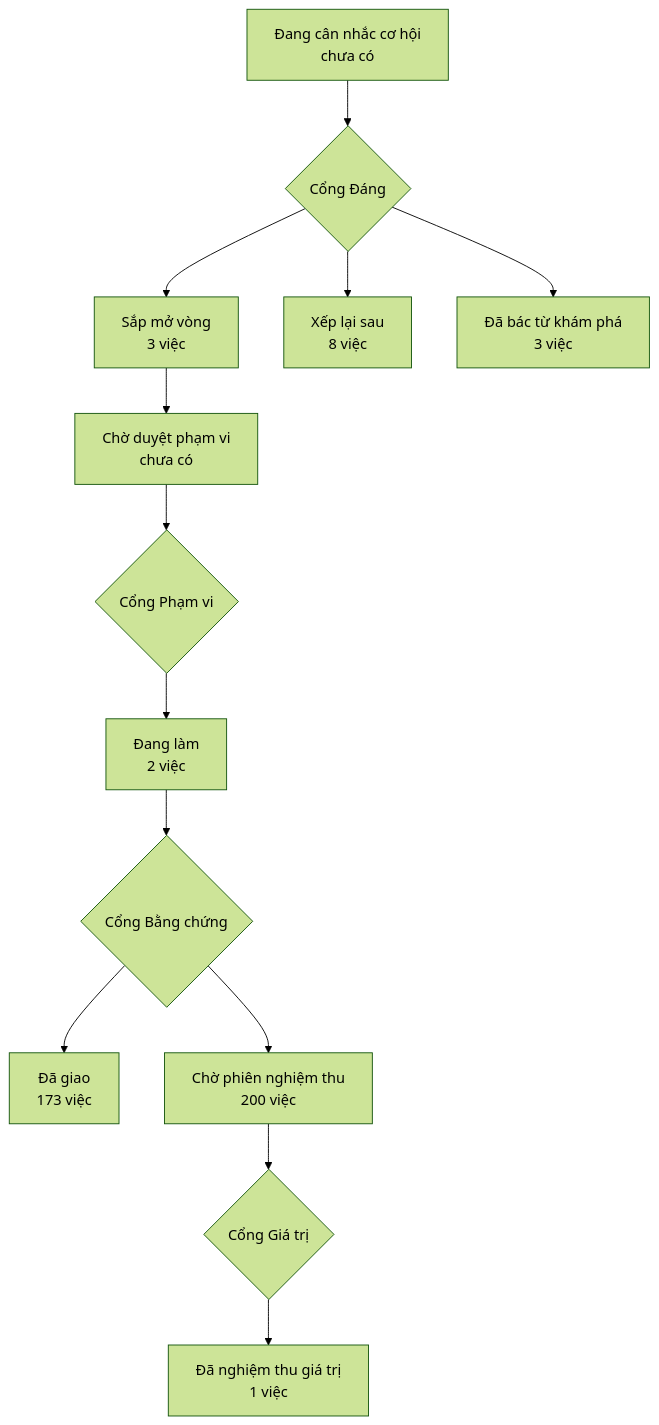
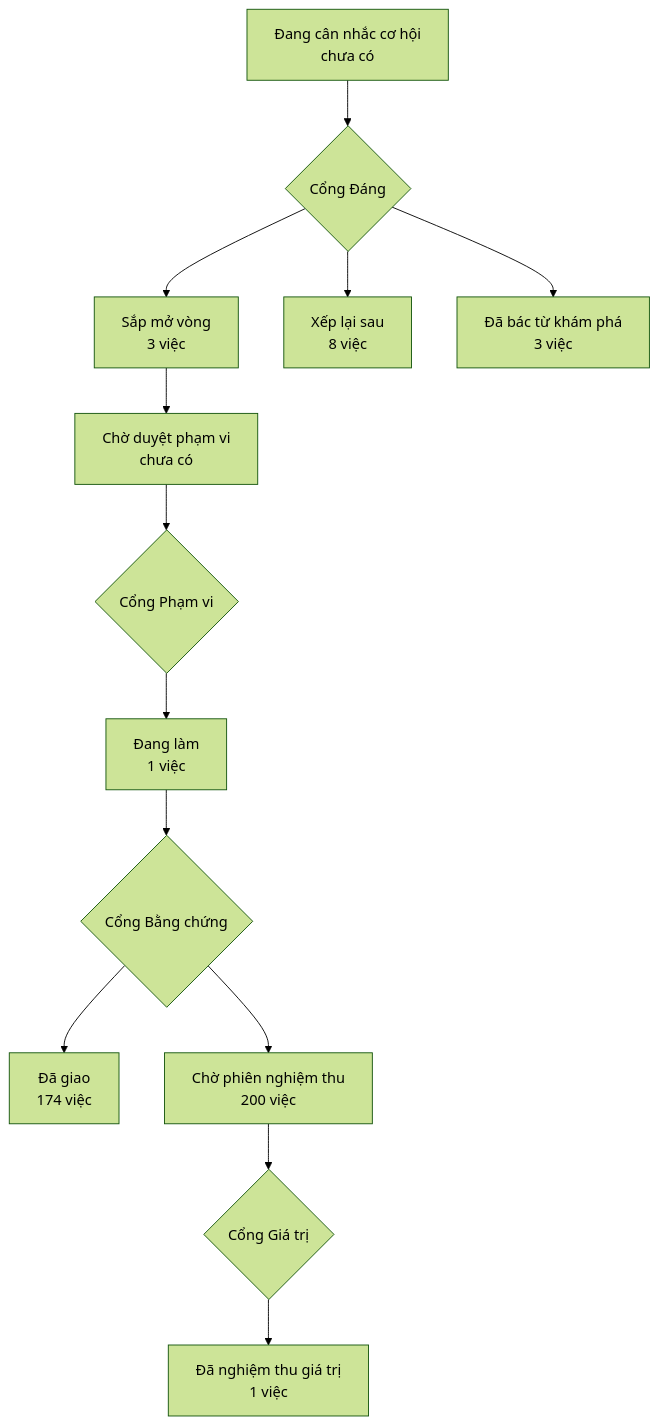
Before and after one commit to phanlemanh/crm-onehub: the diagram in PRODUCT-MAP.md, drawn with Mermaid (forest theme). The commit also changed 4 other files, not shown here.

````diff
--- a/PRODUCT-MAP.md
+++ b/PRODUCT-MAP.md
@@ -7,12 +7,12 @@
 ```mermaid
 flowchart TD
   A["Đang cân nhắc cơ hội<br/>chưa có"] --> GD{"Cổng Đáng"}
   GD --> B["Sắp mở vòng<br/>3 việc"]
   GD --> XL["Xếp lại sau<br/>8 việc"]
   GD --> DB["Đã bác từ khám phá<br/>3 việc"]
   B --> CD["Chờ duyệt phạm vi<br/>chưa có"] --> GP{"Cổng Phạm vi"}
-  GP --> DL["Đang làm<br/>2 việc"] --> GB{"Cổng Bằng chứng"}
-  GB --> DG["Đã giao<br/>173 việc"]
+  GP --> DL["Đang làm<br/>1 việc"] --> GB{"Cổng Bằng chứng"}
+  GB --> DG["Đã giao<br/>174 việc"]
   GB --> CN["Chờ phiên nghiệm thu<br/>200 việc"] --> GG{"Cổng Giá trị"}
   GG --> NT["Đã nghiệm thu giá trị<br/>1 việc"]
 ```
````
